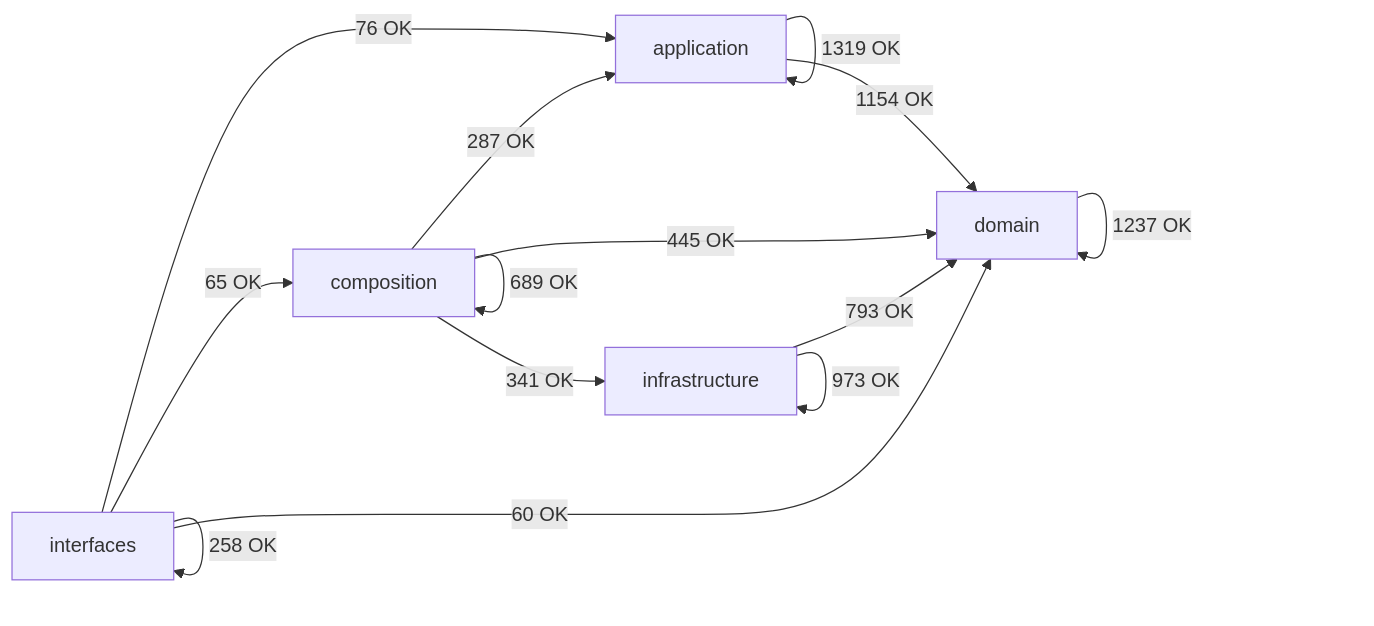
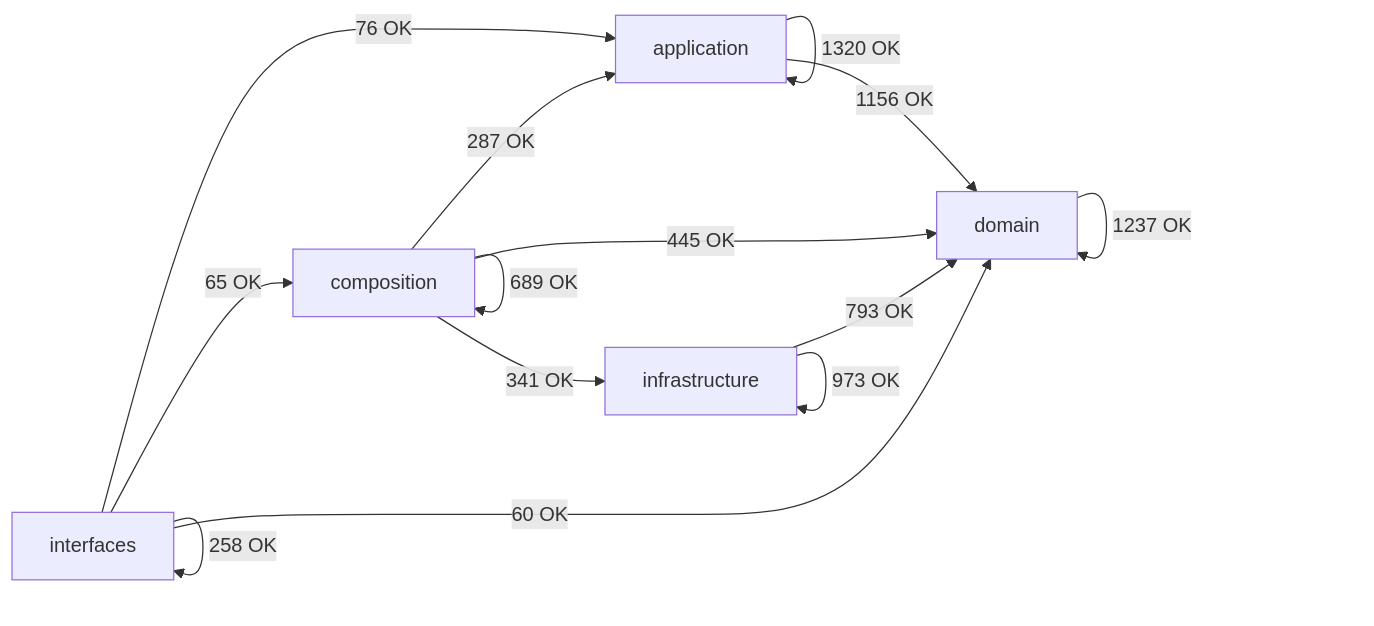
One commit to SatoryKono/BioactivityDataAcquisition changed the diagram in docs/02-architecture/generated/module-dependency-map.md. Above: the diagram before and after it, drawn with Mermaid. The commit also changed other lines of this file and 10 other files, not shown here.

````diff
--- a/docs/02-architecture/generated/module-dependency-map.md
+++ b/docs/02-architecture/generated/module-dependency-map.md
@@ -17,21 +17,21 @@
 ```mermaid
 flowchart LR
     domain[domain]
     application[application]
     infrastructure[infrastructure]
     composition[composition]
     interfaces[interfaces]
-    application -->|1319 OK| application
-    application -->|1154 OK| domain
+    application -->|1320 OK| application
+    application -->|1156 OK| domain
     composition -->|287 OK| application
     composition -->|689 OK| composition
     composition -->|445 OK| domain
     composition -->|341 OK| infrastructure
     domain -->|1237 OK| domain
     infrastructure -->|793 OK| domain
     infrastructure -->|973 OK| infrastructure
     interfaces -->|76 OK| application
     interfaces -->|65 OK| composition
     interfaces -->|60 OK| domain
     interfaces -->|258 OK| interfaces
 ```
````
